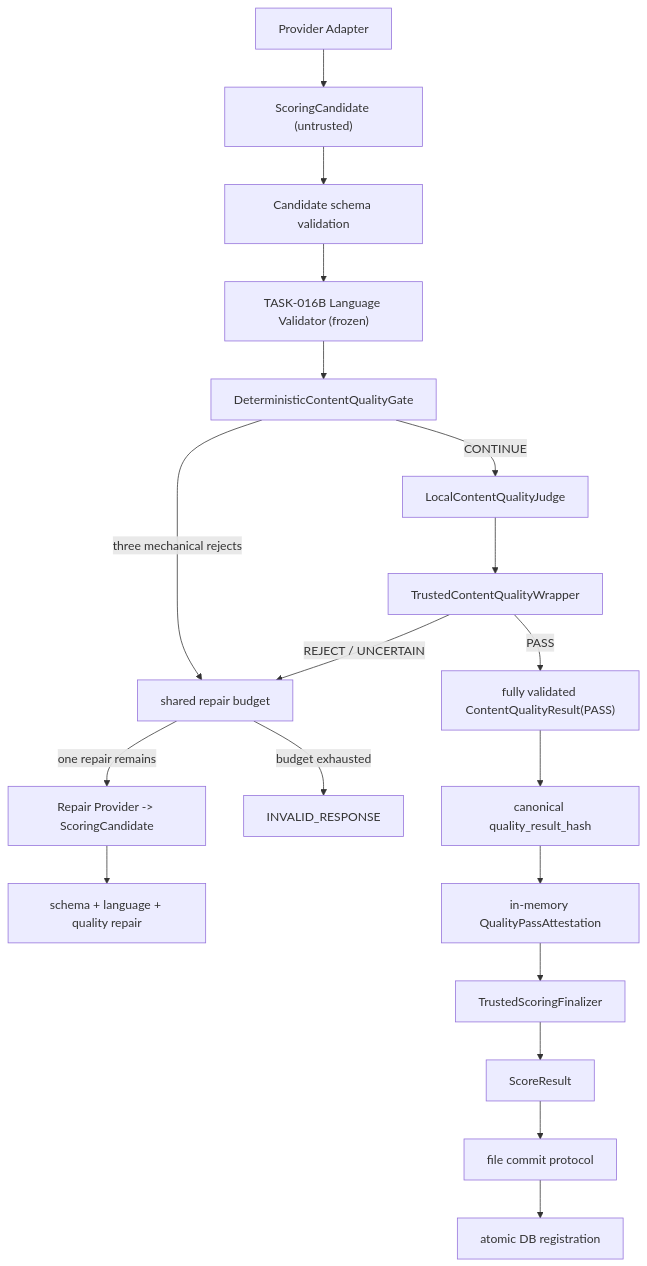
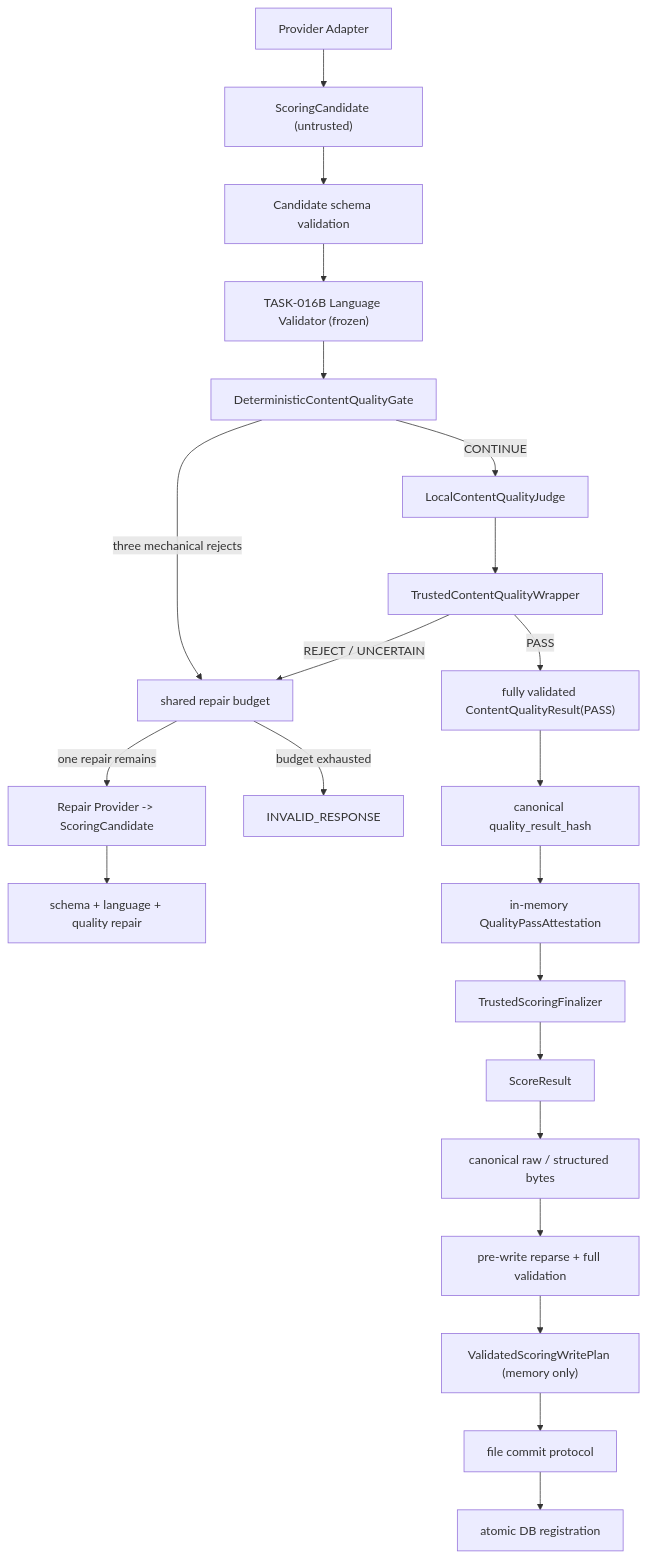
One commit to huangbuqubunao-alt/intelligence changed the diagram in docs/TASK-016C-CONTENT-QUALITY-INTERFACE-DESIGN.md. Above: the diagram before and after it, drawn with Mermaid. The commit also changed other lines of this file and 2 other files, not shown here.

Commit message:
docs: refine task 016c pre-write validation boundary

````diff
--- a/docs/TASK-016C-CONTENT-QUALITY-INTERFACE-DESIGN.md
+++ b/docs/TASK-016C-CONTENT-QUALITY-INTERFACE-DESIGN.md
@@ -25,21 +27,24 @@
 ```mermaid
 flowchart TD
     A["Provider Adapter"] --> B["ScoringCandidate (untrusted)"]
     B --> C["Candidate schema validation"]
     C --> D["TASK-016B Language Validator (frozen)"]
     D --> E["DeterministicContentQualityGate"]
     E -->|"three mechanical rejects"| R["shared repair budget"]
     E -->|"CONTINUE"| J["LocalContentQualityJudge"]
     J --> W["TrustedContentQualityWrapper"]
     W -->|"REJECT / UNCERTAIN"| R
     W -->|"PASS"| V["fully validated ContentQualityResult(PASS)"]
     V --> H["canonical quality_result_hash"]
     H --> T["in-memory QualityPassAttestation"]
     R -->|"one repair remains"| B2["Repair Provider -> ScoringCandidate"]
     B2 --> C2["schema + language + quality repair"]
     R -->|"budget exhausted"| X["INVALID_RESPONSE"]
     T --> F["TrustedScoringFinalizer"]
     F --> S["ScoreResult"]
-    S --> P["file commit protocol"]
+    S --> Z["canonical raw / structured bytes"]
+    Z --> Y["pre-write reparse + full validation"]
+    Y --> L["ValidatedScoringWritePlan (memory only)"]
+    L --> P["file commit protocol"]
     P --> Q["atomic DB registration"]
 ```
````
